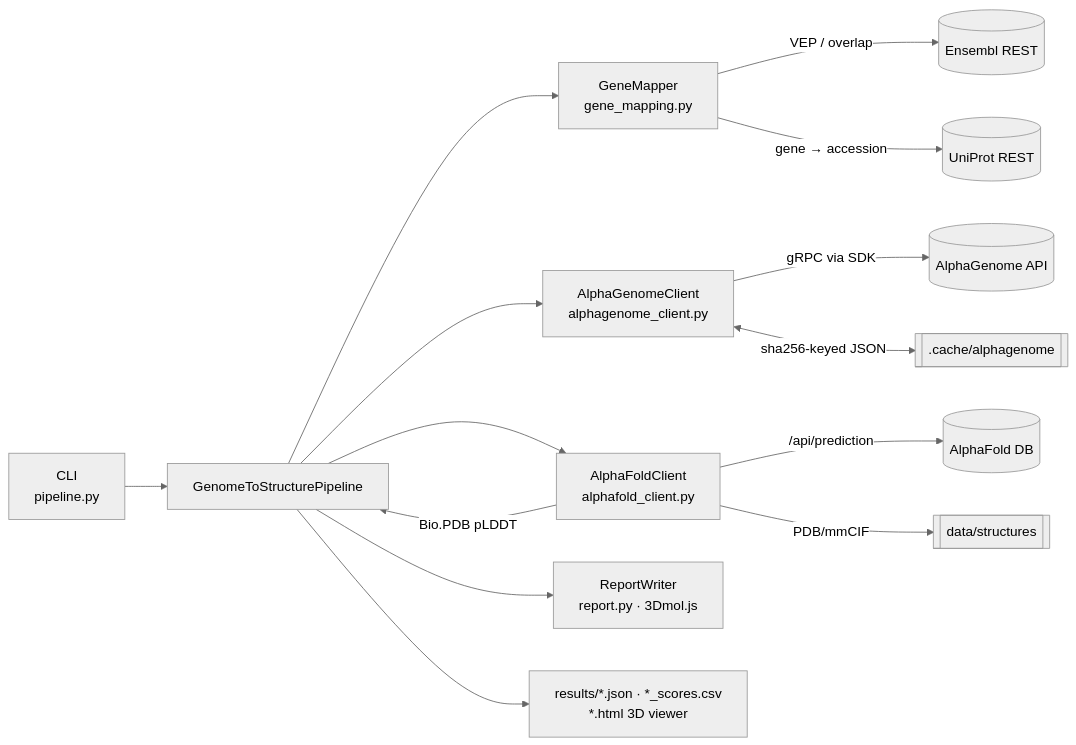
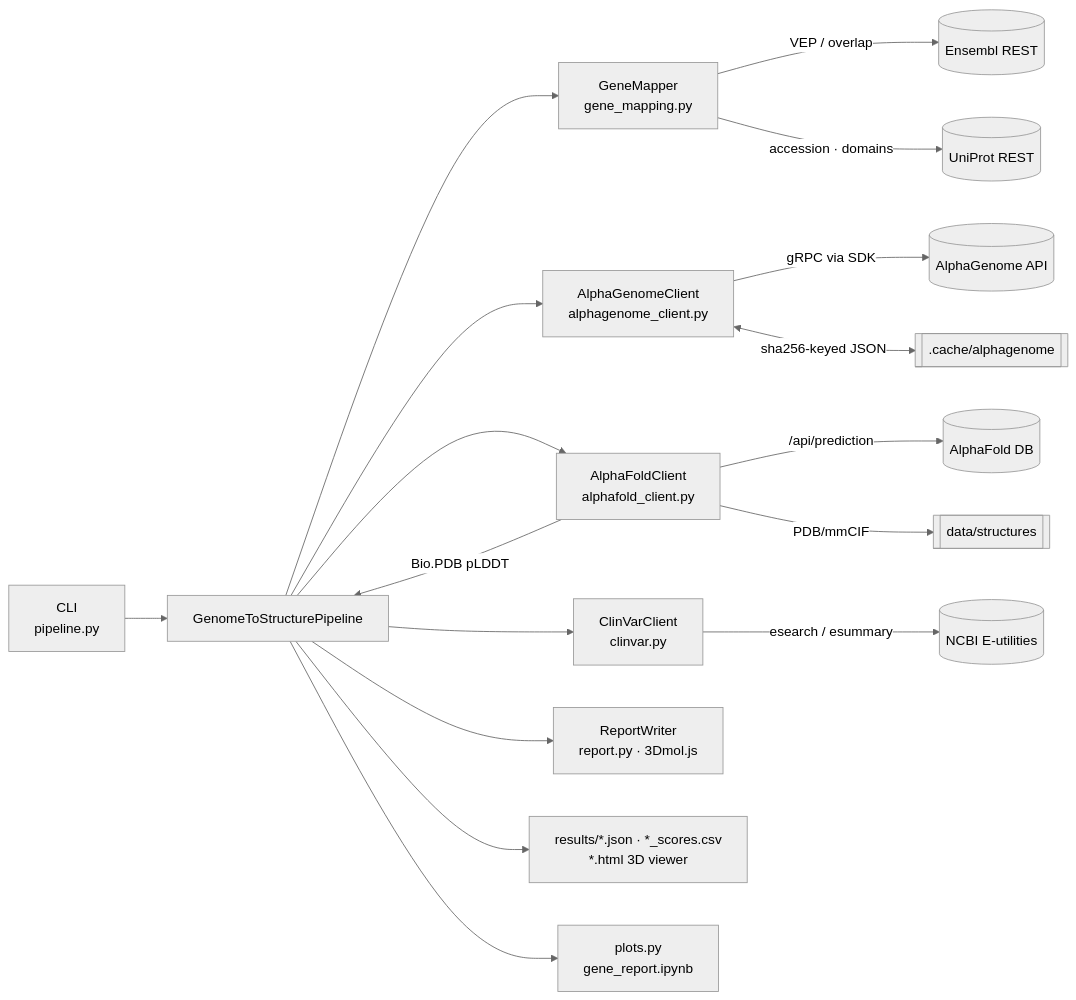
The diagram in README.md (amarcos20/var2fold), drawn with Mermaid (neutral theme) before and after one commit. The commit also changed other lines of this file and 12 other files, not shown here.

First line of the commit message:
Add parameterised gene report notebook and shared plots module

````diff
--- a/README.md
+++ b/README.md
@@ -17,18 +17,21 @@
 ```mermaid
 flowchart LR
     CLI["CLI<br/>pipeline.py"] --> P[GenomeToStructurePipeline]
     P --> GM["GeneMapper<br/>gene_mapping.py"]
     P --> AG["AlphaGenomeClient<br/>alphagenome_client.py"]
     P --> AF["AlphaFoldClient<br/>alphafold_client.py"]
+    P --> CV["ClinVarClient<br/>clinvar.py"]
+    CV -->|esearch / esummary| NCBI[(NCBI E-utilities)]
 
     GM -->|VEP / overlap| ENS[(Ensembl REST)]
-    GM -->|gene → accession| UP[(UniProt REST)]
+    GM -->|accession · domains| UP[(UniProt REST)]
     AG -->|gRPC via SDK| AGAPI[(AlphaGenome API)]
     AG <-->|sha256-keyed JSON| CACHE[[.cache/alphagenome]]
     AF -->|/api/prediction| AFDB[(AlphaFold DB)]
     AF -->|PDB/mmCIF| FILES[[data/structures]]
     AF -->|Bio.PDB pLDDT| P
     P --> R["ReportWriter<br/>report.py · 3Dmol.js"]
 
     P --> OUT["results/*.json · *_scores.csv<br/>*.html 3D viewer"]
+    P --> NB["plots.py<br/>gene_report.ipynb"]
 ```
````
